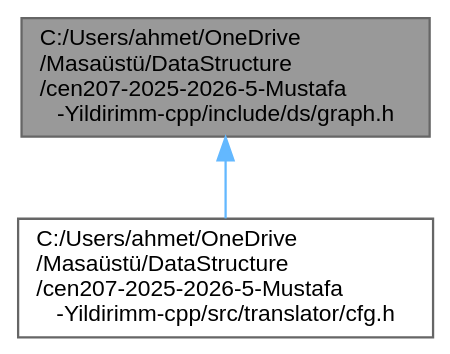
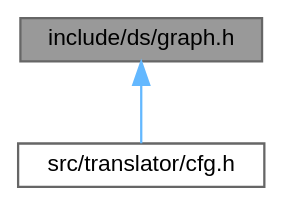
One commit to mustafayldrnn/cen207-2025-2026-5-Mustafa-Yildirimm-cpp changed the diagram in docs/doxygenlibwin/rtf/graph_8h__dep__incl.dot. Above: the diagram before and after it, drawn with Graphviz. The commit also changed 861 other files, not shown here.

```diff
--- a/docs/doxygenlibwin/rtf/graph_8h__dep__incl.dot
+++ b/docs/doxygenlibwin/rtf/graph_8h__dep__incl.dot
@@ -1,11 +1,11 @@
-digraph "C:/Users/ahmet/OneDrive/Masaüstü/DataStructure/cen207-2025-2026-5-Mustafa-Yildirimm-cpp/include/ds/graph.h"
+digraph "include/ds/graph.h"
 {
  // INTERACTIVE_SVG=YES
  // LATEX_PDF_SIZE
   bgcolor="transparent";
   edge [fontname=Helvetica,fontsize=10,labelfontname=Helvetica,labelfontsize=10];
   node [fontname=Helvetica,fontsize=10,shape=box,height=0.2,width=0.4];
-  Node1 [id="Node000001",label="C:/Users/ahmet/OneDrive\l/Masaüstü/DataStructure\l/cen207-2025-2026-5-Mustafa\l-Yildirimm-cpp/include/ds/graph.h",height=0.2,width=0.4,color="gray40", fillcolor="grey60", style="filled", fontcolor="black",tooltip="Basit yönlü/yönsüz grafik yardımcıları."];
+  Node1 [id="Node000001",label="include/ds/graph.h",height=0.2,width=0.4,color="gray40", fillcolor="grey60", style="filled", fontcolor="black",tooltip="Basit yönlü/yönsüz grafik yardımcıları."];
   Node1 -> Node2 [id="edge3_Node000001_Node000002",dir="back",color="steelblue1",style="solid",tooltip=" "];
-  Node2 [id="Node000002",label="C:/Users/ahmet/OneDrive\l/Masaüstü/DataStructure\l/cen207-2025-2026-5-Mustafa\l-Yildirimm-cpp/src/translator/cfg.h",height=0.2,width=0.4,color="grey40", fillcolor="white", style="filled",URL="$cfg_8h.html",tooltip="Programdan kontrol akışı grafiği (CFG) üretimi yardımcıları"];
+  Node2 [id="Node000002",label="src/translator/cfg.h",height=0.2,width=0.4,color="grey40", fillcolor="white", style="filled",URL="$cfg_8h.html",tooltip="Programdan kontrol akışı grafiği (CFG) üretimi yardımcıları"];
 }
```
